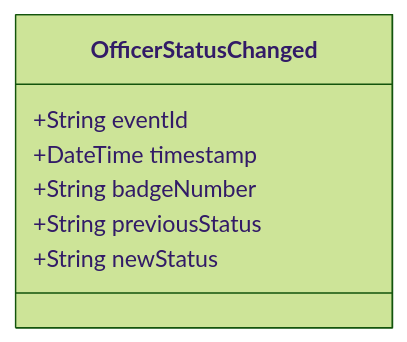
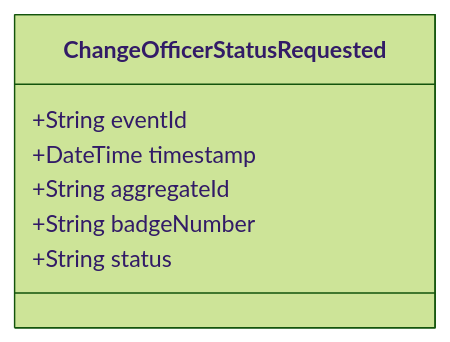
One commit to pgraff/police-system changed the diagram in doc/events/OfficerStatusChanged.md. Above: the diagram before and after it, drawn with Mermaid (forest theme). The commit also changed other lines of this file and 58 other files, not shown here.

````diff
--- a/doc/events/OfficerStatusChanged.md
+++ b/doc/events/OfficerStatusChanged.md
@@ -9,10 +9,10 @@
 ```mermaid
 classDiagram
-    class OfficerStatusChanged {
+    class ChangeOfficerStatusRequested {
         +String eventId
         +DateTime timestamp
+        +String aggregateId
         +String badgeNumber
-        +String previousStatus
-        +String newStatus
+        +String status
     }
 ```
````
